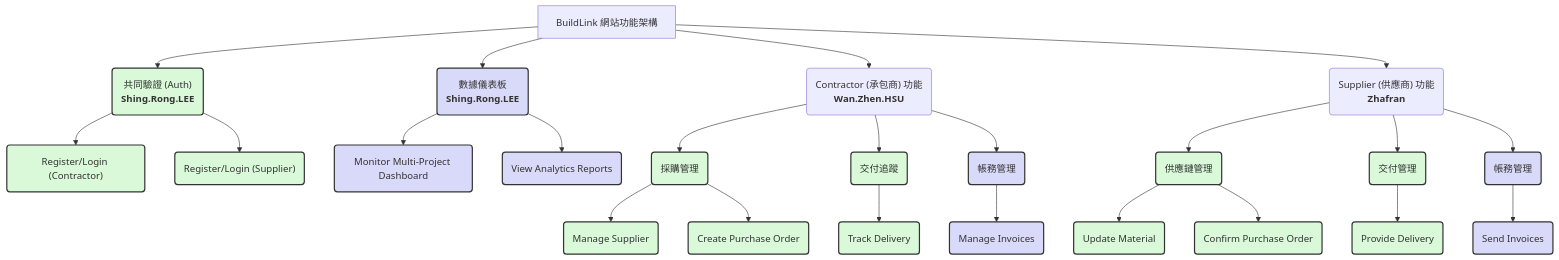
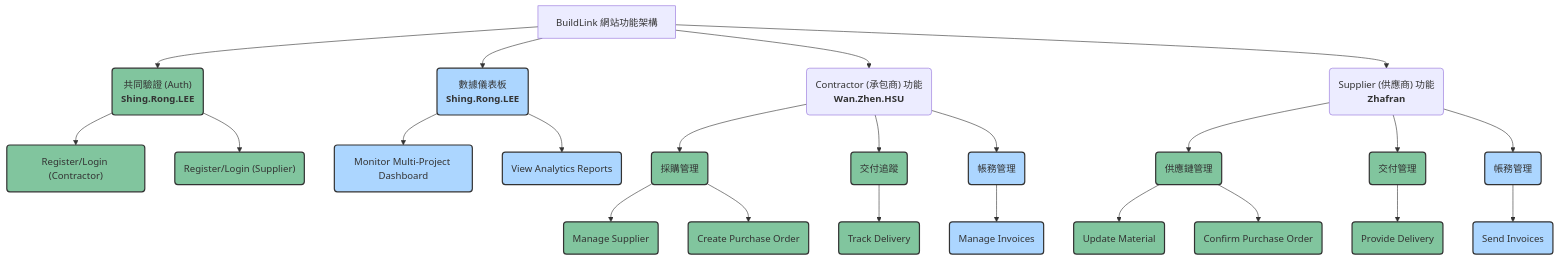
One commit to Wanzhennnnnnnnnnnn/Team4 changed the diagram in README.md. Above: the diagram before and after it, drawn with Mermaid.

Commit message:
更新顏色

````diff
--- a/README.md
+++ b/README.md
@@ -2,50 +2,50 @@
 ```mermaid
 flowchart TD
     A[BuildLink 網站功能架構]
 
     %% --- HSU 的工作 ---
     A --> C("共同驗證 (Auth)<br><b>Shing.Rong.LEE</b>")
     C --> C1("Register/Login (Contractor)")
     C --> C2("Register/Login (Supplier)")
     
     A --> F("數據儀表板<br><b>Shing.Rong.LEE</b>")
     F --> F1(Monitor Multi-Project Dashboard)
     F --> F2(View Analytics Reports)
 
     %% --- LEE 的工作 ---
     A --> B("Contractor (承包商) 功能<br><b>Wan.Zhen.HSU</b>")
     B --> D("採購管理")
     D --> D1(Manage Supplier)
     D --> D2(Create Purchase Order)
     
     B --> E("交付追蹤")
     E --> E1(Track Delivery)
 
     B --> F_Sub("帳務管理")
     F_Sub --> F_Sub1(Manage Invoices)
 
 
     %% --- Zafran 的工作 ---
     A --> G("Supplier (供應商) 功能<br><b>Zhafran</b>")
     G --> I("供應鏈管理")
     I --> I1(Update Material)
     I --> I2(Confirm Purchase Order)
     
     G --> J("交付管理")
     J --> J1(Provide Delivery)
     
     G --> K("帳務管理")
     K --> K1(Send Invoices)
 
 
     %% --- 顏色定義 (實作優先權) ---
     
     %% MVP (高優先) - 綠色
-    classDef highPriority fill:#d9f9d9,stroke:#333,stroke-width:2px;
+    classDef highPriority fill:#81C59E,stroke:#333,stroke-width:2px;
     %% Full-Featured (低優先) - 藍色
-    classDef lowPriority fill:#d9d9f9,stroke:#333,stroke-width:2px;
+    classDef lowPriority fill:#ACD6FF,stroke:#333,stroke-width:2px;
 
     %% --- 應用顏色 ---
     class C,C1,C2,D,D1,D2,E,E1,I,I1,I2,J,J1 highPriority
     class F,F1,F2,F_Sub,F_Sub1,K,K1 lowPriority
    ```
````
